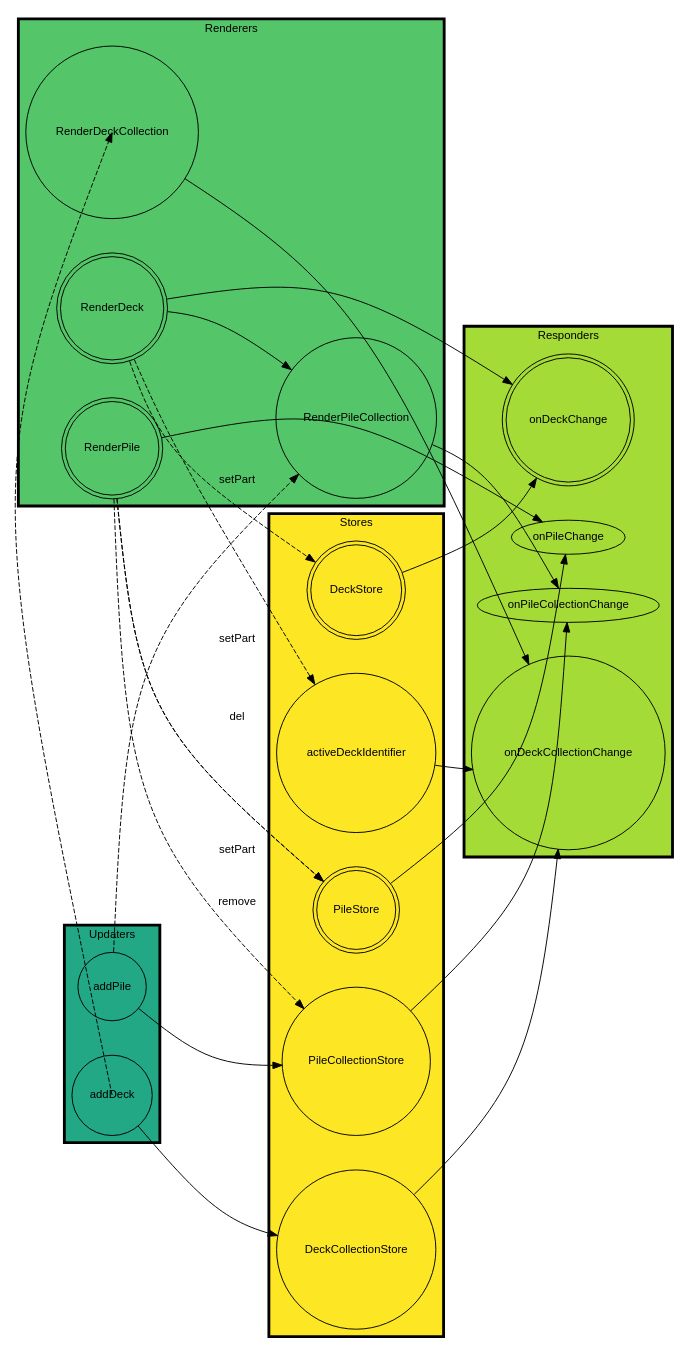
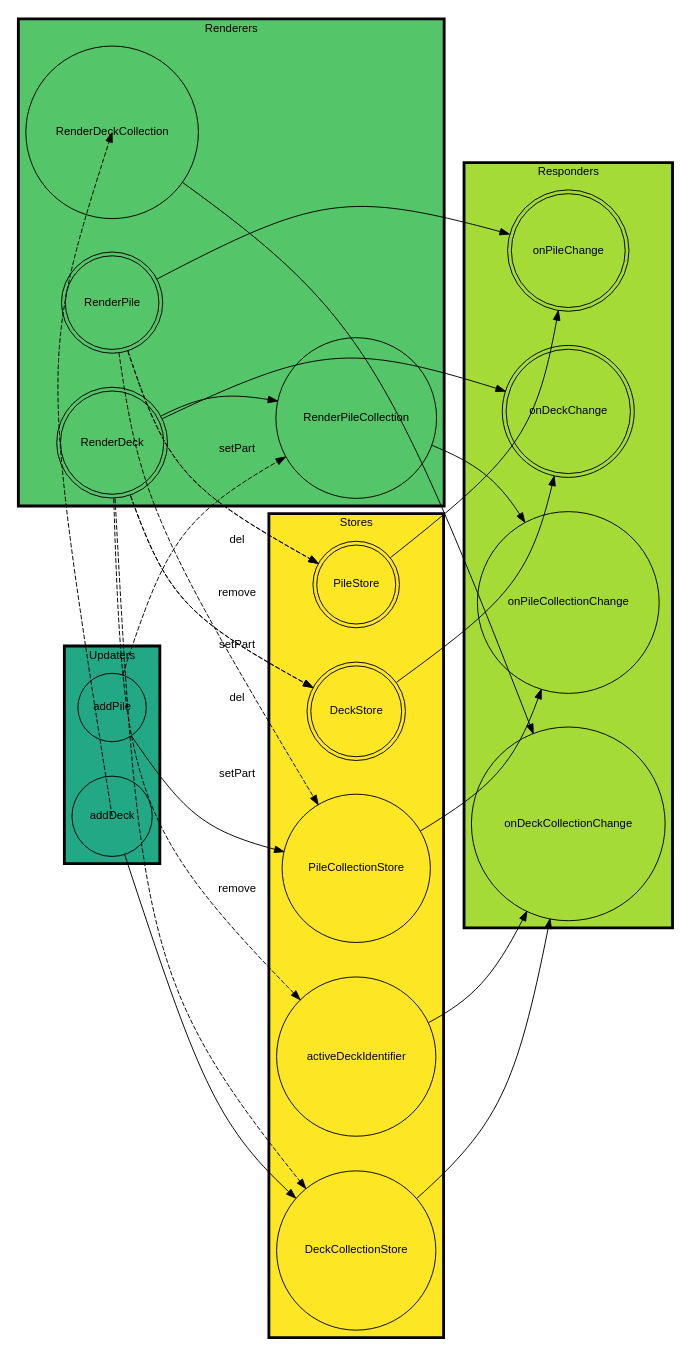
One commit to jimkang/cardfields changed the diagram in meta/machines.dot. Above: the diagram before and after it, drawn with Graphviz. The commit also changed 1 other file, not shown here.

Commit message:
Diagram is up to date. Maybe slightly ahead.

```diff
--- a/meta/machines.dot
+++ b/meta/machines.dot
@@ -1,78 +1,82 @@
 digraph {
   rankdir="LR";
   graph [fontsize=12, fontname=Helvetica, penwidth=3];
   node [fontsize=12, fontname=Helvetica];
   edge [fontsize=12, fontname=Helvetica];
   nodesep=0.5;
   mindist=3.0;
   mclimit=10.0;
   splines="curved";
 
   subgraph cluster_stores {
     label="Stores";
     bgcolor="#fde725";
     DeckCollectionStore [shape=circle];
     DeckStore [shape=doublecircle];
     activeDeckIdentifier [shape=circle];
     PileCollectionStore [shape=circle];
     PileStore [shape=doublecircle];
   }
 
   subgraph cluster_responders {
     label="Responders";
     bgcolor="#a5db36";
 
     onDeckCollectionChange [shape=circle];
     onDeckChange [shape=doublecircle];
+    onPileCollectionChange [shape=circle];
+    onPileChange [shape=doublecircle];
 
     DeckCollectionStore -> onDeckCollectionChange;
     activeDeckIdentifier -> onDeckCollectionChange;
     DeckStore -> onDeckChange;
     PileCollectionStore -> onPileCollectionChange;
     PileStore -> onPileChange;
   }
 
   subgraph cluster_renderers {
     label="Renderers";
     bgcolor="#54c568";
 
     RenderDeckCollection [shape=circle];
     RenderDeck [shape=doublecircle];
     RenderPileCollection [shape=circle];
     RenderPile [shape=doublecircle];
 
     onDeckCollectionChange -> RenderDeckCollection;
     onDeckChange -> RenderDeck;
     RenderDeck -> RenderPileCollection;
 
     onPileCollectionChange -> RenderPileCollection;
     onPileChange -> RenderPile;
   }
 
   subgraph cluster_updaters {
     label="Updaters";
     bgcolor="#22a884";
 
     addDeck [shape=circle];
     addPile [shape=circle];
     addDeck -> DeckCollectionStore;
     addPile -> PileCollectionStore;
     RenderDeckCollection -> addDeck [style=dashed];
     RenderDeck -> activeDeckIdentifier [style=dashed, label="setPart"];
     RenderDeck -> DeckStore [style=dashed, label="setPart"];
+    RenderDeck -> DeckStore [style=dashed, label="del"];
+    RenderDeck -> DeckCollectionStore [style=dashed, label="remove"];
     RenderPileCollection -> addPile [style=dashed];
     RenderPile -> PileCollectionStore [style=dashed, label="remove"];
     RenderPile -> PileStore [style=dashed, label="del"];
     RenderPile -> PileStore [style=dashed, label="setPart"];
   }
 
   //subgraph cluster_legend {
     //label="Legend";
 //
     //singleEntity [shape=circle, label="Single entity"];
     //multipleEntities [shape=doublecircle, label="Multiple entities"];
 //
     //a -> b [label="Call"];
     //c -> d [style=dashed, label="Conditional call"];
   //}
 }
```
